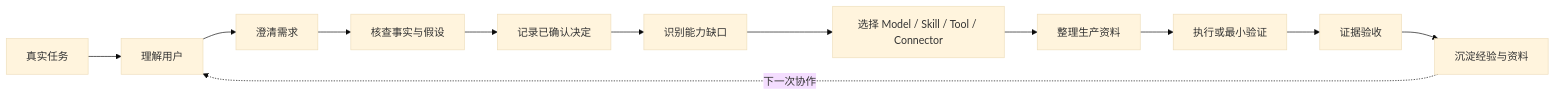
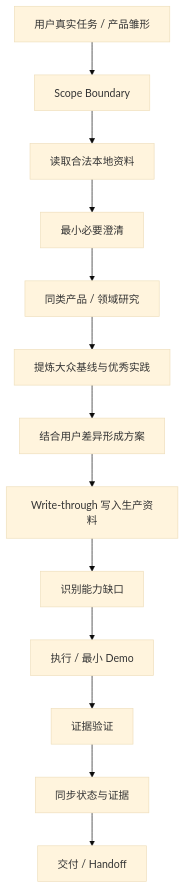
Before and after one commit to linglingling99/zhiqian-skill: the diagram in README.md, drawn with Mermaid (base theme). The commit also changed other lines of this file and 13 other files, not shown here.

````diff
--- a/README.md
+++ b/README.md
@@ -28,14 +34,15 @@
 ```mermaid
-flowchart LR
-    A[真实任务] --> B[理解用户]
-    B --> C[澄清需求]
-    C --> D[核查事实与假设]
-    D --> E[记录已确认决定]
-    E --> F[识别能力缺口]
-    F --> G[选择 Model / Skill / Tool / Connector]
-    G --> H[整理生产资料]
-    H --> I[执行或最小验证]
-    I --> J[证据验收]
-    J --> K[沉淀经验与资料]
-    K -. 下一次协作 .-> B
+flowchart TD
+    A[用户真实任务 / 产品雏形] --> B[Scope Boundary]
+    B --> C[读取合法本地资料]
+    C --> D[最小必要澄清]
+    D --> E[同类产品 / 领域研究]
+    E --> F[提炼大众基线与优秀实践]
+    F --> G[结合用户差异形成方案]
+    G --> H[Write-through 写入生产资料]
+    H --> I[识别能力缺口]
+    I --> J[执行 / 最小 Demo]
+    J --> K[证据验证]
+    K --> L[同步状态与证据]
+    L --> M[交付 / Handoff]
 ```
````
